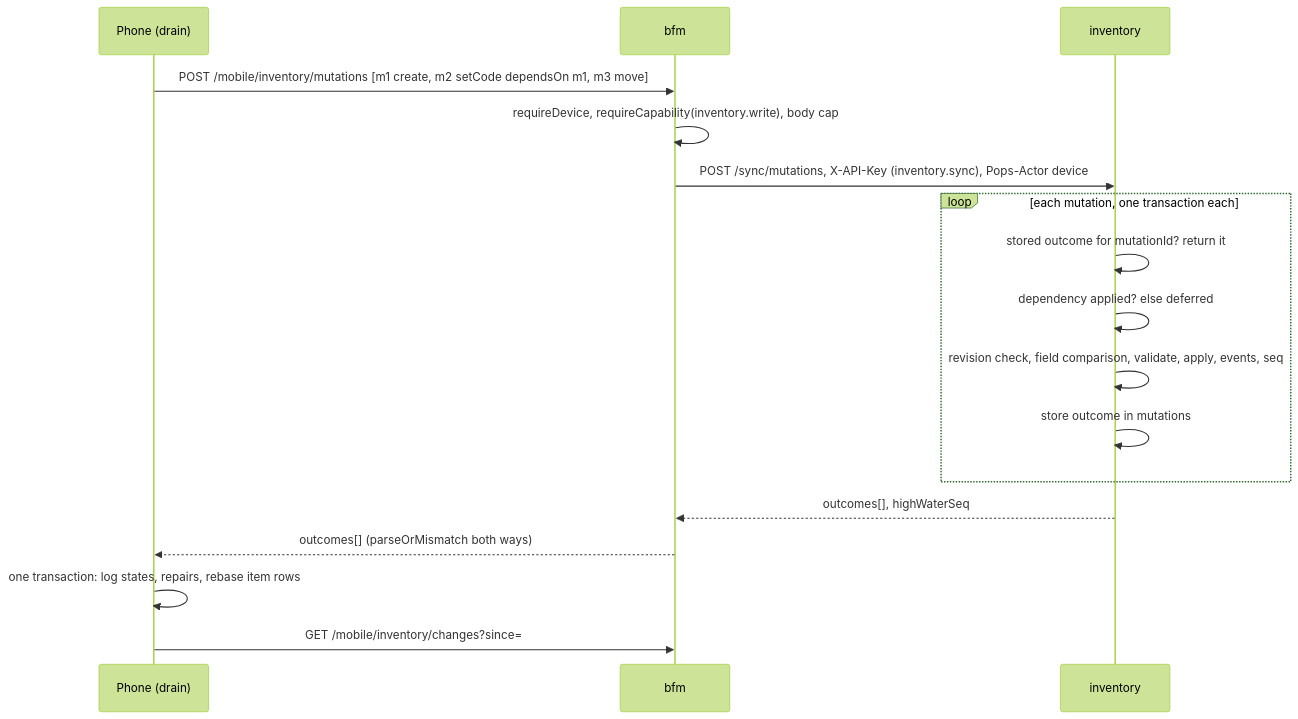
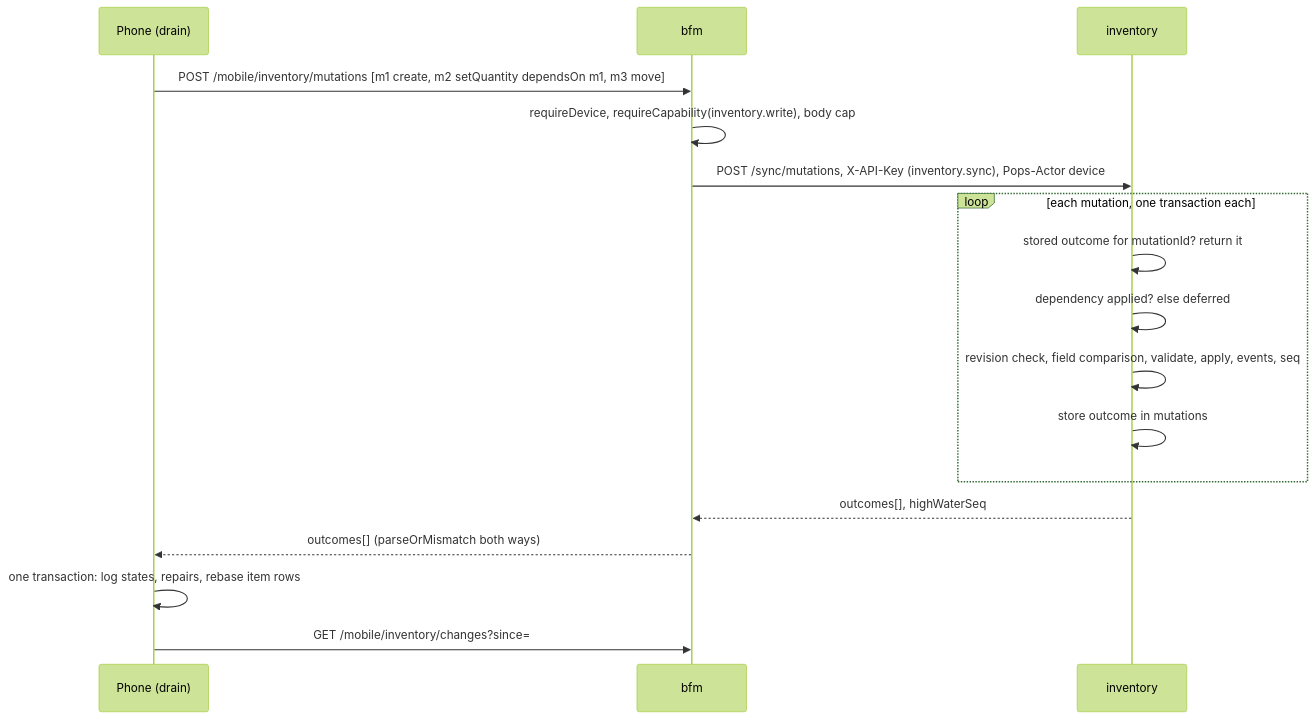
Before and after one commit to knoxio-labs/pops: the second of 4 diagrams in pillars/inventory/docs/architecture/adr-002-inventory-technical-design.md, drawn with Mermaid (forest theme). The commit also changed other lines of this file and 30 other files, not shown here.

Commit message:
feat(inventory-ios): block create on a held code and send the code inside the create (POPS-4063)

````diff
--- a/pillars/inventory/docs/architecture/adr-002-inventory-technical-design.md
+++ b/pillars/inventory/docs/architecture/adr-002-inventory-technical-design.md
@@ -552,19 +552,19 @@
 ```mermaid
 sequenceDiagram
     participant P as Phone (drain)
     participant B as bfm
     participant I as inventory
-    P->>B: POST /mobile/inventory/mutations [m1 create, m2 setCode dependsOn m1, m3 move]
+    P->>B: POST /mobile/inventory/mutations [m1 create, m2 setQuantity dependsOn m1, m3 move]
     B->>B: requireDevice, requireCapability(inventory.write), body cap
     B->>I: POST /sync/mutations, X-API-Key (inventory.sync), Pops-Actor device
     loop each mutation, one transaction each
         I->>I: stored outcome for mutationId? return it
         I->>I: dependency applied? else deferred
         I->>I: revision check, field comparison, validate, apply, events, seq
         I->>I: store outcome in mutations
     end
     I-->>B: outcomes[], highWaterSeq
     B-->>P: outcomes[] (parseOrMismatch both ways)
     P->>P: one transaction: log states, repairs, rebase item rows
     P->>B: GET /mobile/inventory/changes?since=
 ```
````
